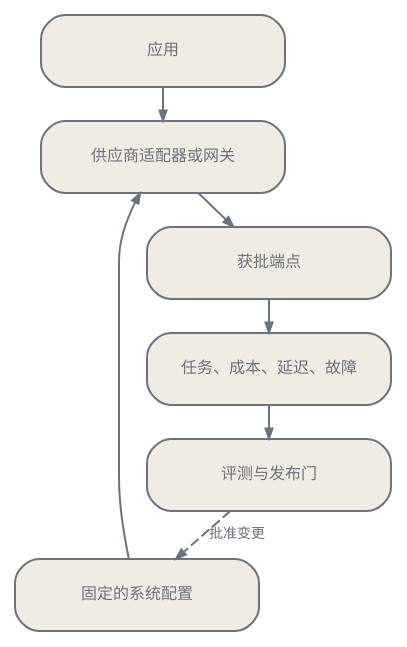
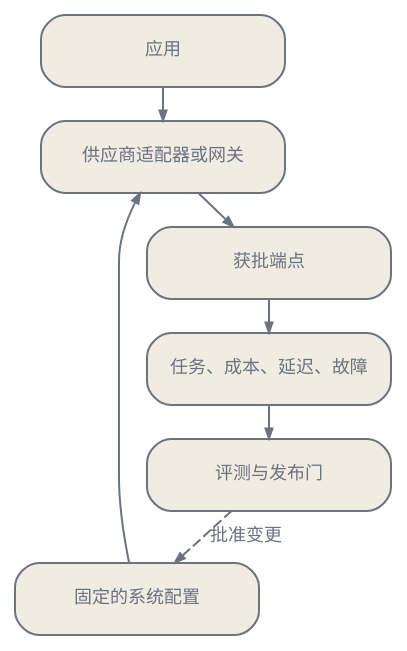
One commit to latere-ai/ai-as-an-infrastructure changed the diagram in zh/practice/01-choosing-a-model.qmd. Above: the diagram before and after it, drawn with Graphviz. The commit also changed other lines of this file and 2 other files, not shown here.

````diff
--- a/zh/practice/01-choosing-a-model.qmd
+++ b/zh/practice/01-choosing-a-model.qmd
@@ -235,25 +208,25 @@
 ```{dot}
 //| label: fig-model-wiring
 //| fig-cap: "部署接线。带版本的配置驱动适配器或网关，遥测数据送回评测门，只有获批配置才能上线。"
 digraph {
   bgcolor="transparent";
   rankdir=TB;
   nodesep=0.12; ranksep=0.2;
-  node [shape=box, style="rounded,filled", fontname="Helvetica", fontsize=8, color="#6b7280", fontcolor="#6b7280", fillcolor="#f1ece1", margin="0.05,0.03", width=1.7];
-  edge [fontsize=7, fontname="Helvetica", color="#6b7280", fontcolor="#6b7280", arrowsize=0.5];
+  node [shape=box, style="rounded,filled", fontname="Helvetica", fontsize=9, color="#6b7280", fontcolor="#6b7280", fillcolor="#f1ece1", margin="0.05,0.03", width=1.7];
+  edge [fontsize=9, fontname="Helvetica", color="#6b7280", fontcolor="#6b7280", arrowsize=0.5];
 
   app [label="应用"];
   config [label="固定的系统配置"];
   adapter [label="供应商适配器或网关"];
   endpoint [label="获批端点"];
   telemetry [label="任务、成本、延迟、故障"];
   eval [label="评测与发布门"];
 
   app -> adapter;
   config -> adapter;
   adapter -> endpoint;
   endpoint -> telemetry;
   telemetry -> eval;
   eval -> config [style=dashed, label="批准变更"];
 }
 ```
````
